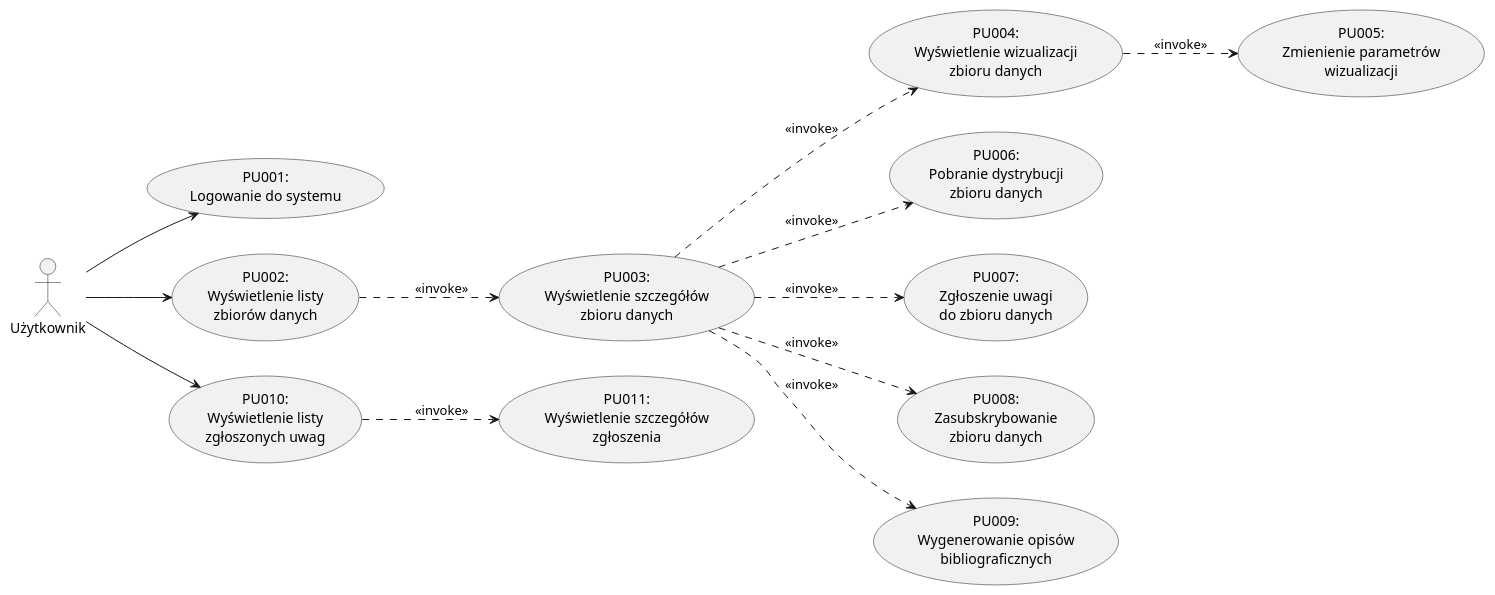
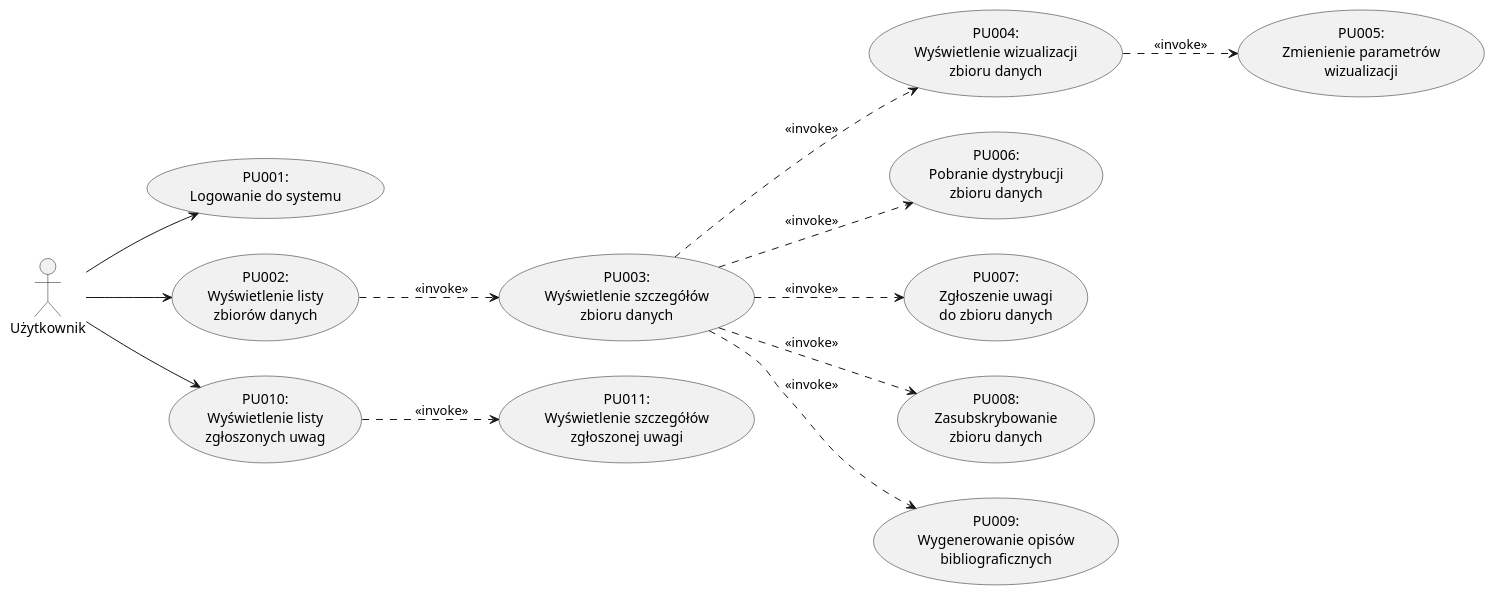
Before and after one commit to kokolodziejska/IWO: the seventh of 13 diagrams in dokumentacja.md, drawn with PlantUML. The commit also changed other lines of this file and 5 other files, not shown here.

````diff
--- a/dokumentacja.md
+++ b/dokumentacja.md
@@ -1142,34 +1142,34 @@
   ```puml
   @startuml
   left to right direction
 
   actor "Użytkownik" as User
 
   usecase "PU001:\nLogowanie do systemu" as PU001
   usecase "PU002:\nWyświetlenie listy\nzbiorów danych" as PU002
   usecase "PU003:\nWyświetlenie szczegółów\nzbioru danych" as PU003
   usecase "PU004:\nWyświetlenie wizualizacji\nzbioru danych" as PU004
   usecase "PU005:\nZmienienie parametrów\nwizualizacji" as PU005
   usecase "PU006:\nPobranie dystrybucji\nzbioru danych" as PU006
   usecase "PU007:\nZgłoszenie uwagi\ndo zbioru danych" as PU007
   usecase "PU008:\nZasubskrybowanie\nzbioru danych" as PU008
   usecase "PU009:\nWygenerowanie opisów\nbibliograficznych" as PU009
   usecase "PU010:\nWyświetlenie listy\nzgłoszonych uwag" as PU010
-  usecase "PU011:\nWyświetlenie szczegółów\nzgłoszenia" as PU011
+  usecase "PU011:\nWyświetlenie szczegółów\nzgłoszonej uwagi" as PU011
 
   User --> PU001
   User --> PU002
   User --> PU010
 
   PU002 ..> PU003 : <<invoke>>
   PU003 ..> PU004 : <<invoke>>
   PU003 ..> PU007 : <<invoke>>
   PU003 ..> PU008 : <<invoke>>
   PU003 ..> PU006 : <<invoke>>
   PU003 ..> PU009 : <<invoke>>
   PU004 ..> PU005 : <<invoke>>
 
   PU010 ..> PU011 : <<invoke>>
 
   @enduml
   ```
````
